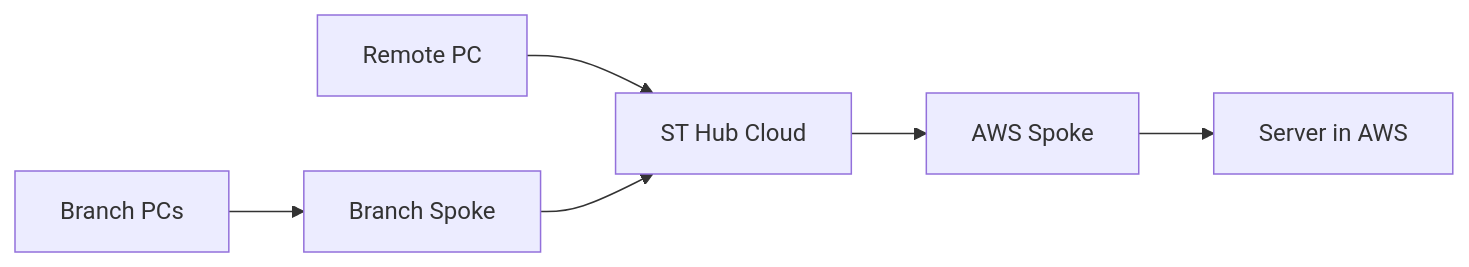
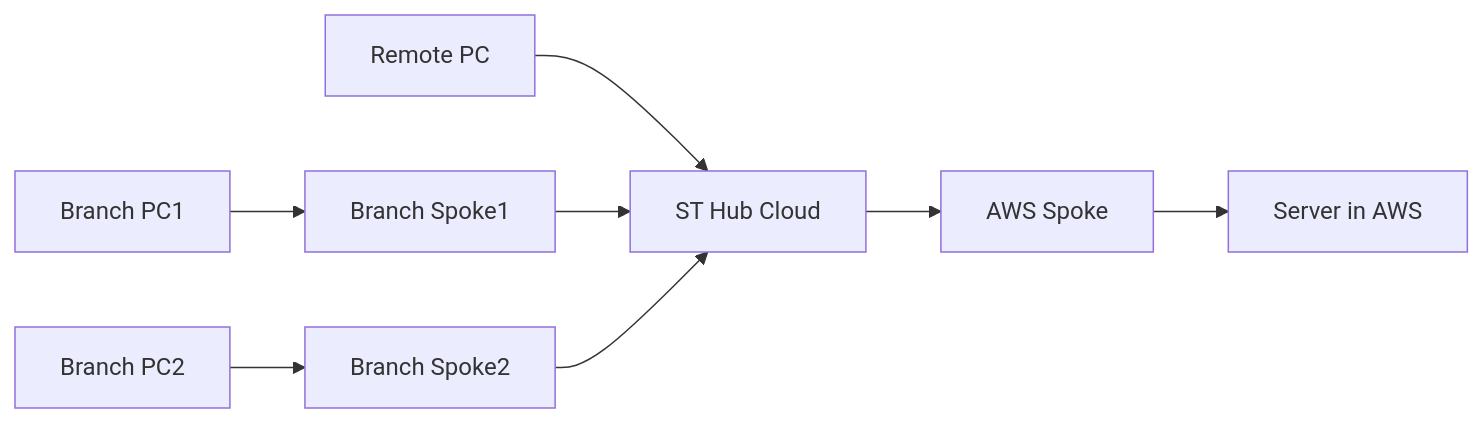
Before and after one commit to eli-jang/sumologic-documentation: the first of 2 diagrams in Test.md, drawn with Mermaid. The commit also changed other lines of this file, not shown here.

Commit message:
Add mermaid diagrams for ST Hub and AWS Hub

````diff
--- a/Test.md
+++ b/Test.md
@@ -1,15 +2,19 @@
 ```mermaid
 flowchart LR
     RemotePC[Remote PC]
     STHub[ST Hub Cloud]
     AWSspoke[AWS Spoke]
     Server[Server in AWS]
-    BranchPCs[Branch PCs]
-    BranchSpoke[Branch Spoke]
+    BranchPC1[Branch PC1]
+    BranchPC2[Branch PC2]
+    BranchSpoke1[Branch Spoke1]
+    BranchSpoke2[Branch Spoke2]
 
     RemotePC --> STHub
     STHub --> AWSspoke
     AWSspoke --> Server
-    BranchPCs --> BranchSpoke
-    BranchSpoke --> STHub
+    BranchPC1 --> BranchSpoke1
+    BranchPC2 --> BranchSpoke2
+    BranchSpoke1 --> STHub
+    BranchSpoke2 --> STHub
 ```
````
